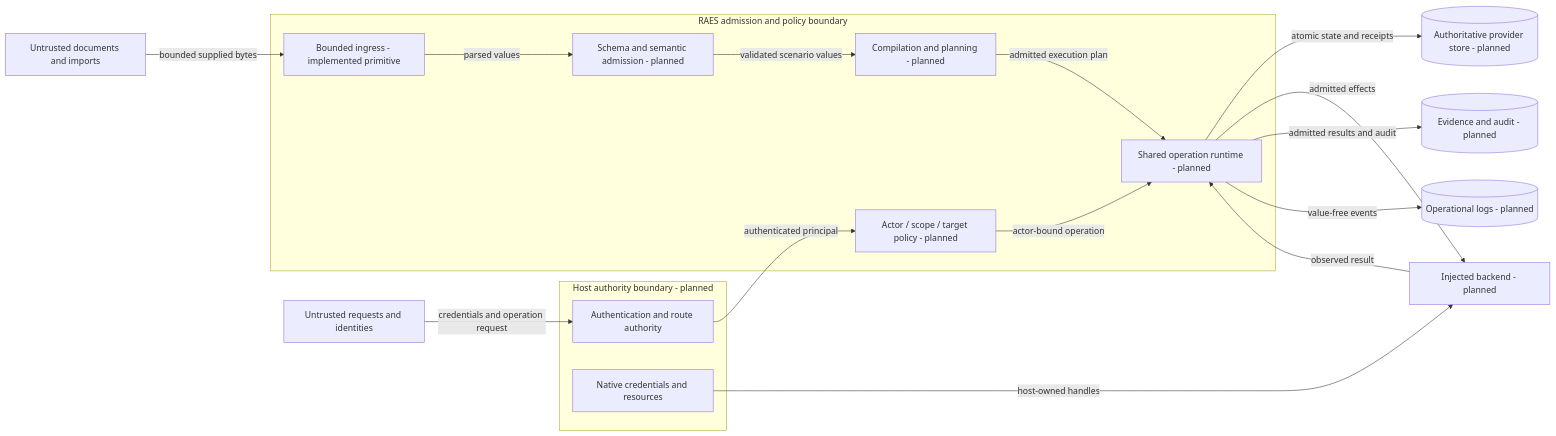
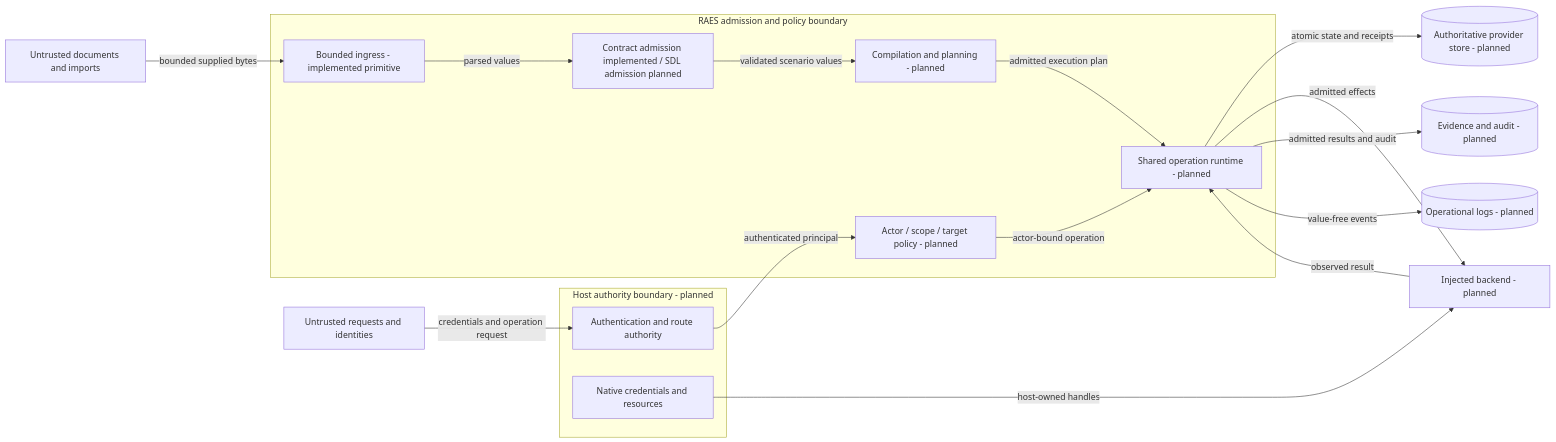
The second of 3 diagrams in docs/develop/go-architecture.md (OpenRAE/rae), drawn with Mermaid before and after one commit. The commit also changed other lines of this file and 14590 other files, not shown here.

First line of the commit message:
feat(contract): add schema bindings and complete validation (#1882)

````diff
--- a/docs/develop/go-architecture.md
+++ b/docs/develop/go-architecture.md
@@ -67,29 +72,29 @@
 ```mermaid
 flowchart LR
     Documents[Untrusted documents and imports]
     Requests[Untrusted requests and identities]
     subgraph Host[Host authority boundary - planned]
         Auth[Authentication and route authority]
         Secrets[Native credentials and resources]
     end
     subgraph Core[RAES admission and policy boundary]
         Ingress[Bounded ingress - implemented primitive]
-        Admission[Schema and semantic admission - planned]
+        Admission[Contract admission implemented / SDL admission planned]
         Policy[Actor / scope / target policy - planned]
         Plan[Compilation and planning - planned]
         Runtime[Shared operation runtime - planned]
     end
     Documents -->|bounded supplied bytes| Ingress
     Ingress -->|parsed values| Admission
     Requests -->|credentials and operation request| Auth
     Auth -->|authenticated principal| Policy
     Admission -->|validated scenario values| Plan
     Plan -->|admitted execution plan| Runtime
     Policy -->|actor-bound operation| Runtime
     Runtime -->|atomic state and receipts| Store[(Authoritative provider store - planned)]
     Runtime -->|admitted effects| Backend[Injected backend - planned]
     Secrets -->|host-owned handles| Backend
     Backend -->|observed result| Runtime
     Runtime -->|admitted results and audit| Evidence[(Evidence and audit - planned)]
     Runtime -->|value-free events| Logs[(Operational logs - planned)]
 ```
````
